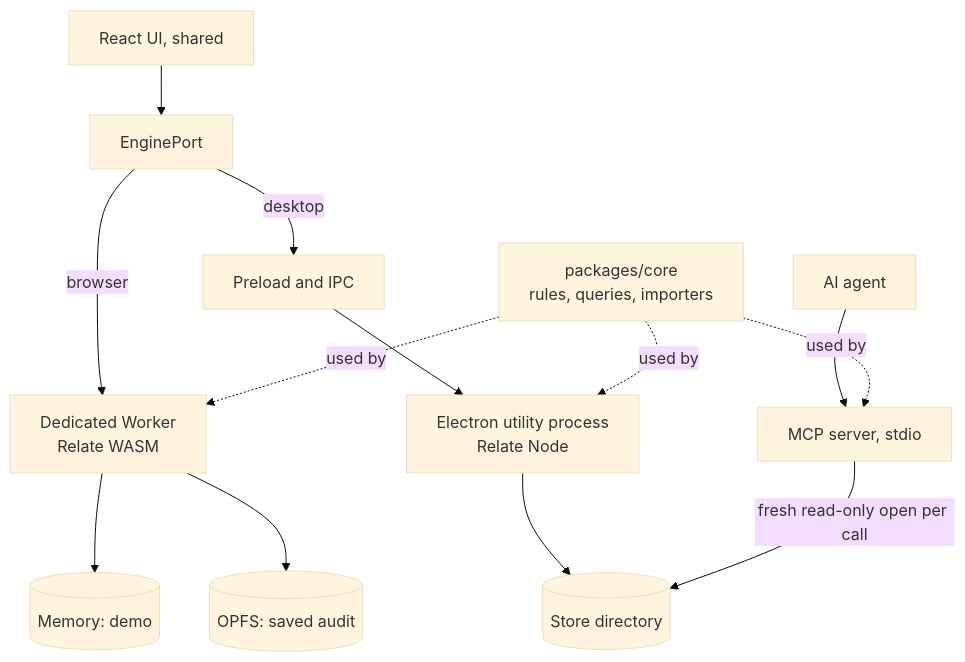
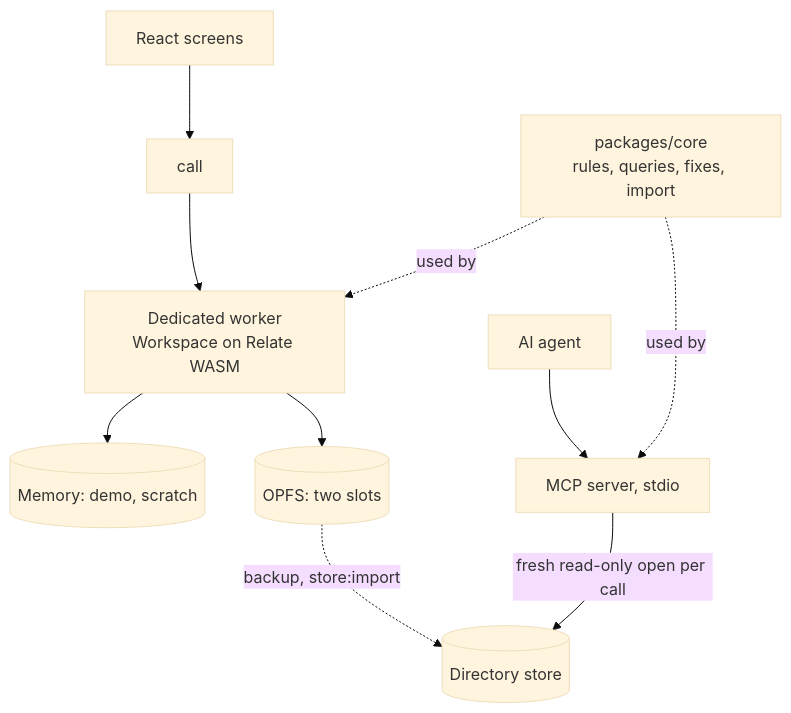
Before and after one commit to amit-ksh/plinth: the first of 2 diagrams in docs/01-system-design.md, drawn with Mermaid (base theme). The commit also changed other lines of this file and 13 other files, not shown here.

````diff
--- a/docs/01-system-design.md
+++ b/docs/01-system-design.md
@@ -31,14 +31,12 @@
 ```mermaid
 flowchart TB
-  UI[React UI, shared] --> P[EnginePort]
-  P -->|browser| W[Dedicated Worker<br/>Relate WASM]
-  W --> M[(Memory: demo)]
-  W --> O[(OPFS: saved audit)]
-  P -->|desktop| I[Preload and IPC] --> E[Electron utility process<br/>Relate Node]
-  E --> D[(Store directory)]
+  UI[React screens] --> P[call]
+  P --> W[Dedicated worker<br/>Workspace on Relate WASM]
+  W --> M[(Memory: demo, scratch)]
+  W --> O[(OPFS: two slots)]
+  O -.backup, store:import.-> D[(Directory store)]
   A[AI agent] --> S[MCP server, stdio]
   S -->|fresh read-only open per call| D
-  C[packages/core<br/>rules, queries, importers] -.used by.-> W
-  C -.used by.-> E
+  C[packages/core<br/>rules, queries, fixes, import] -.used by.-> W
   C -.used by.-> S
 ```
````
